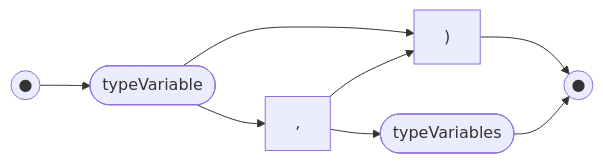
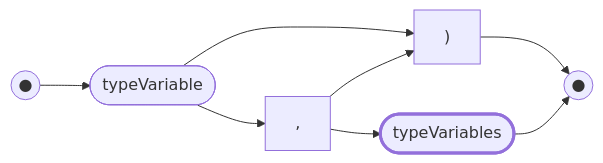
Diagram 12 of 59 in docs/railroad.md (billhails/CEKF), drawn with Mermaid before and after one commit. The commit also changed other lines of this file, not shown here.

````diff
--- a/docs/railroad.md
+++ b/docs/railroad.md
@@ -203,9 +219,10 @@
 ```mermaid
 flowchart LR
+classDef rec stroke-width:3px;
 s(("●"))
 e(("●"))
 s --> tv([typeVariable])
 tv --> close[")"] --> e
 tv --> comma[","] --> close
-comma --> tvs([typeVariables]) --> e
+comma --> tvs([typeVariables]):::rec --> e
 ```
````
